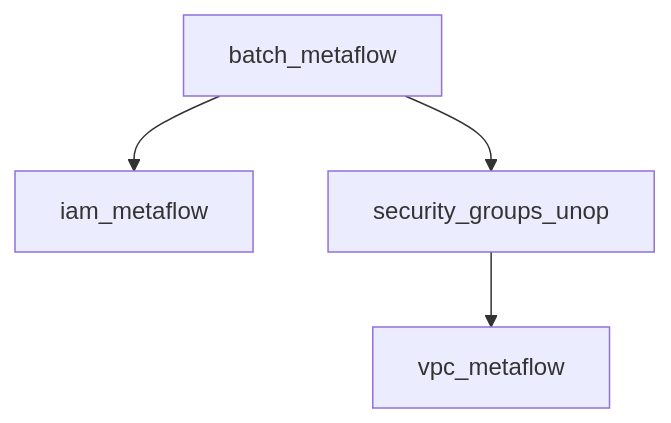
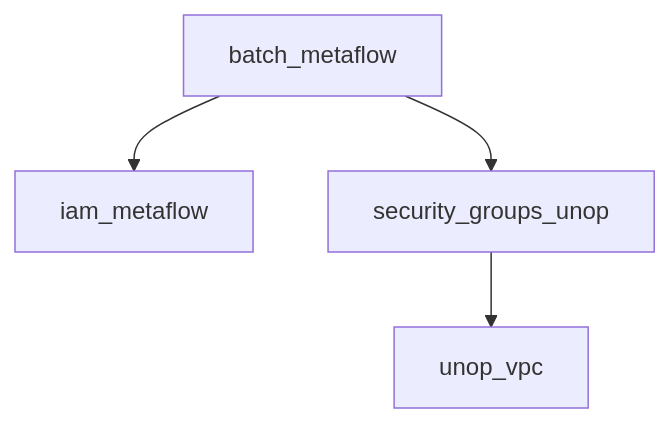
The diagram in infra-packages/aws/docs/deps.md (juno-sorkin/mono-repo), drawn with Mermaid before and after one commit. The commit also changed other lines of this file and 4 other files, not shown here.

````diff
--- a/infra-packages/aws/docs/deps.md
+++ b/infra-packages/aws/docs/deps.md
@@ -199,6 +199,6 @@
 ```mermaid
 graph TD;
     batch_metaflow --> iam_metaflow;
     batch_metaflow --> security_groups_unop;
-    security_groups_unop --> vpc_metaflow;
+    security_groups_unop --> unop_vpc;
 ```
````
